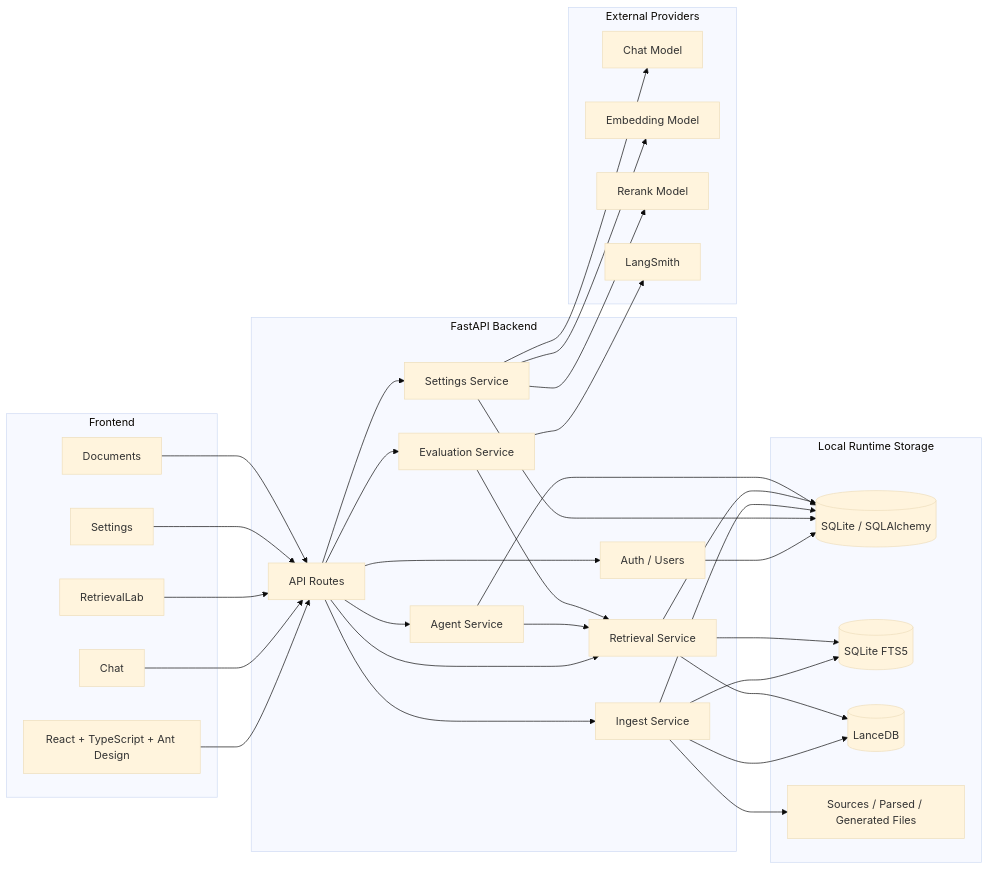
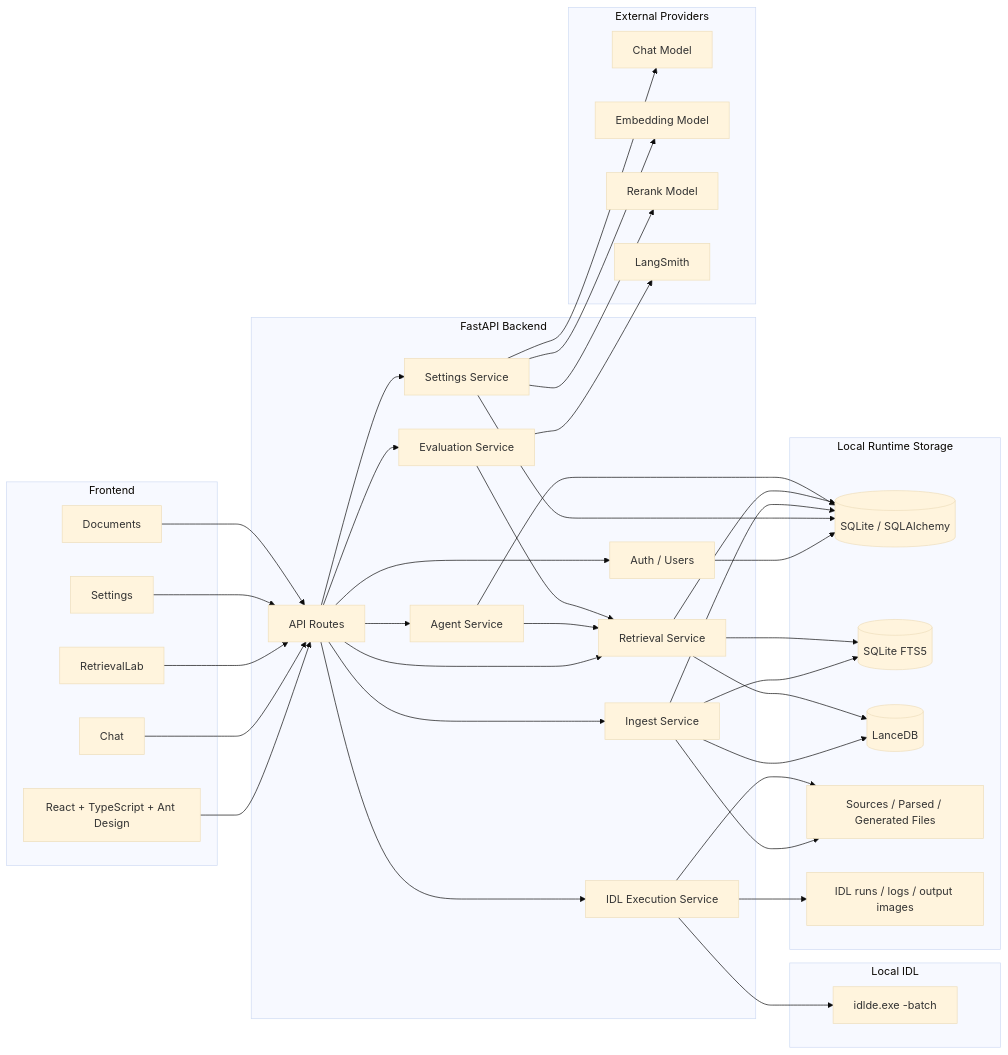
One commit to GeoSyntax/idl-rag changed the first of 7 diagrams in ARCHITECTURE.md. Above: the diagram before and after it, drawn with Mermaid (base theme). The commit also changed other lines of this file and 23 other files, not shown here.

First line of the commit message:
Add local IDL agent execution

````diff
--- a/ARCHITECTURE.md
+++ b/ARCHITECTURE.md
@@ -7,65 +7,75 @@
 ```mermaid
 flowchart LR
   subgraph Frontend[Frontend]
     UI[React + TypeScript + Ant Design]
     Chat[Chat]
     Lab[RetrievalLab]
     Settings[Settings]
     Docs[Documents]
   end
 
   subgraph Backend[FastAPI Backend]
     API[API Routes]
     Auth[Auth / Users]
     Ingest[Ingest Service]
     Retrieval[Retrieval Service]
     Agent[Agent Service]
+    IDLRun[IDL Execution Service]
     Eval[Evaluation Service]
     RuntimeSettings[Settings Service]
   end
 
   subgraph Storage[Local Runtime Storage]
     DB[(SQLite / SQLAlchemy)]
     FTS[(SQLite FTS5)]
     Vector[(LanceDB)]
     Files[Sources / Parsed / Generated Files]
+    RunFiles[IDL runs / logs / output images]
+  end
+
+  subgraph LocalIDL[Local IDL]
+    IDLWorkbench[idlde.exe -batch]
   end
 
   subgraph Providers[External Providers]
     LLM[Chat Model]
     Embedding[Embedding Model]
     Rerank[Rerank Model]
     LangSmith[LangSmith]
   end
 
   UI --> API
   Chat --> API
   Lab --> API
   Settings --> API
   Docs --> API
 
   API --> Auth
   API --> Ingest
   API --> Retrieval
   API --> Agent
+  API --> IDLRun
   API --> Eval
   API --> RuntimeSettings
 
   Auth --> DB
   RuntimeSettings --> DB
   Ingest --> DB
   Ingest --> FTS
   Ingest --> Vector
   Ingest --> Files
   Retrieval --> DB
   Retrieval --> FTS
   Retrieval --> Vector
   Agent --> Retrieval
   Agent --> DB
+  IDLRun --> Files
+  IDLRun --> RunFiles
+  IDLRun --> IDLWorkbench
   Eval --> Retrieval
 
   RuntimeSettings --> LLM
   RuntimeSettings --> Embedding
   RuntimeSettings --> Rerank
   Eval --> LangSmith
 ```
````
